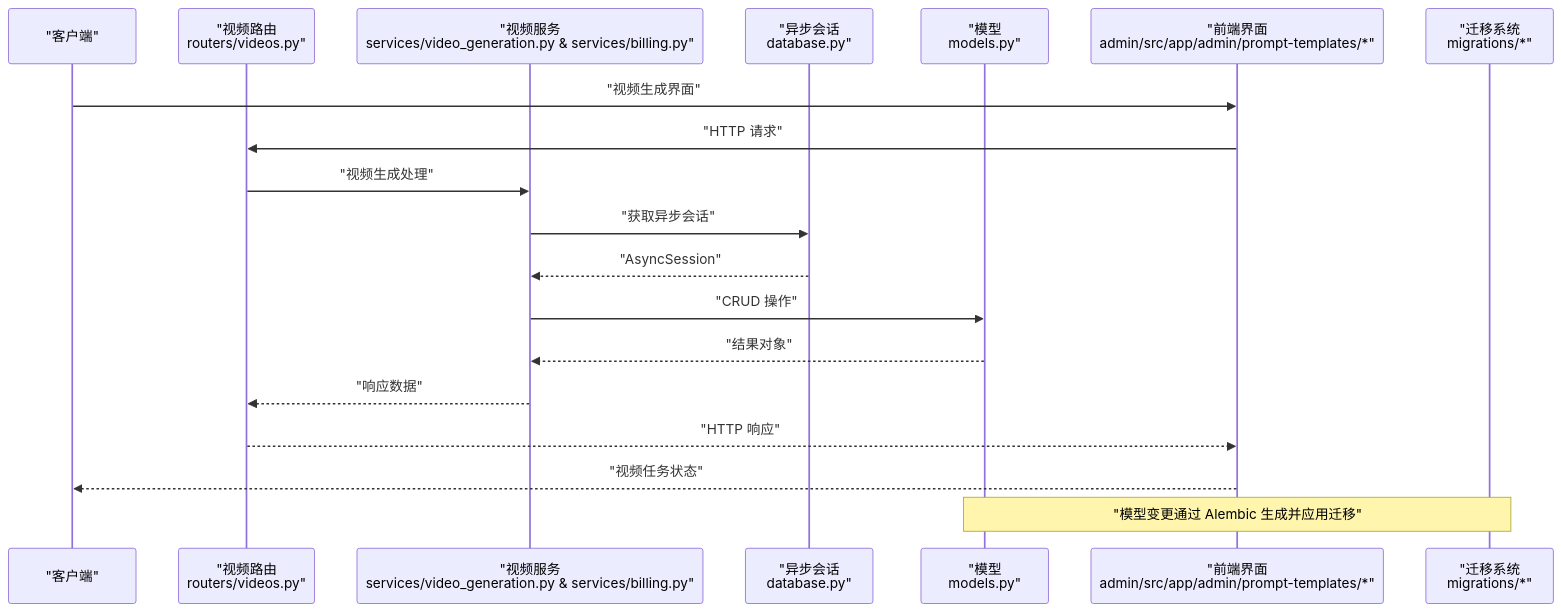
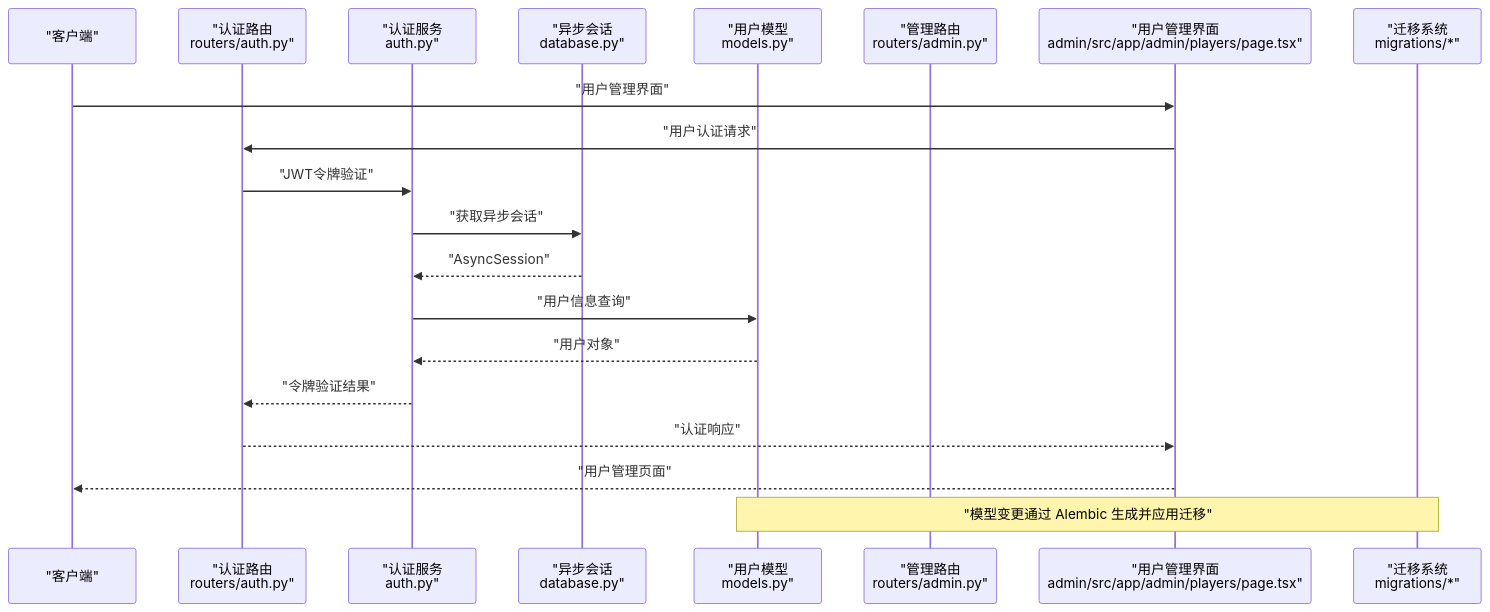
Before and after one commit to KunLabAI/KunFlix: the second of 5 diagrams in .qoder/repowiki/zh/content/后端开发指南/数据库模型设计.md, drawn with Mermaid. The commit also changed other lines of this file and 88 other files, not shown here.

````diff
--- a/.qoder/repowiki/zh/content/后端开发指南/数据库模型设计.md
+++ b/.qoder/repowiki/zh/content/后端开发指南/数据库模型设计.md
@@ -143,21 +157,22 @@
 ```mermaid
 sequenceDiagram
 participant Client as "客户端"
-participant Router as "视频路由<br/>routers/videos.py"
-participant Service as "视频服务<br/>services/video_generation.py & services/billing.py"
+participant AuthRouter as "认证路由<br/>routers/auth.py"
+participant AuthService as "认证服务<br/>auth.py"
 participant Session as "异步会话<br/>database.py"
-participant Model as "模型<br/>models.py"
-participant Frontend as "前端界面<br/>admin/src/app/admin/prompt-templates/*"
+participant UserModel as "用户模型<br/>models.py"
+participant AdminRouter as "管理路由<br/>routers/admin.py"
+participant Frontend as "用户管理界面<br/>admin/src/app/admin/players/page.tsx"
 participant Alembic as "迁移系统<br/>migrations/*"
-Client->>Frontend : "视频生成界面"
-Frontend->>Router : "HTTP 请求"
-Router->>Service : "视频生成处理"
-Service->>Session : "获取异步会话"
-Session-->>Service : "AsyncSession"
-Service->>Model : "CRUD 操作"
-Model-->>Service : "结果对象"
-Service-->>Router : "响应数据"
-Router-->>Frontend : "HTTP 响应"
-Frontend-->>Client : "视频任务状态"
-Note over Alembic,Model : "模型变更通过 Alembic 生成并应用迁移"
+Client->>Frontend : "用户管理界面"
+Frontend->>AuthRouter : "用户认证请求"
+AuthRouter->>AuthService : "JWT令牌验证"
+AuthService->>Session : "获取异步会话"
+Session-->>AuthService : "AsyncSession"
+AuthService->>UserModel : "用户信息查询"
+UserModel-->>AuthService : "用户对象"
+AuthService-->>AuthRouter : "令牌验证结果"
+AuthRouter-->>Frontend : "认证响应"
+Frontend-->>Client : "用户管理页面"
+Note over Alembic,UserModel : "模型变更通过 Alembic 生成并应用迁移"
 ```
````
